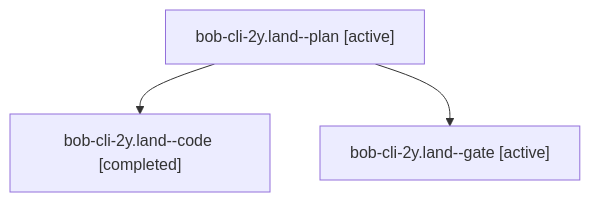
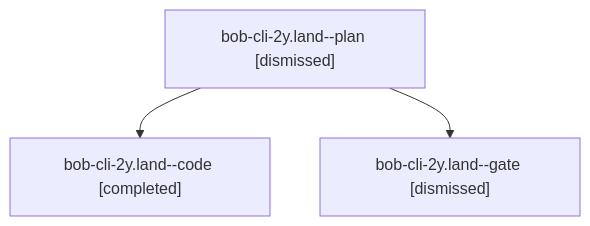
One commit to bobs-org/bob-cli--agents changed the diagram in sessions/bbugyi200.apollo.bob-cli-2y.land.md. Above: the diagram before and after it, drawn with Mermaid. The commit also changed other lines of this file and 64 other files, not shown here.

````diff
--- a/sessions/bbugyi200.apollo.bob-cli-2y.land.md
+++ b/sessions/bbugyi200.apollo.bob-cli-2y.land.md
@@ -9,8 +9,8 @@
 ```mermaid
 flowchart TD
-  n0["bob-cli-2y.land--plan [active]"]
+  n0["bob-cli-2y.land--plan [dismissed]"]
   n1["bob-cli-2y.land--code [completed]"]
   n0 --> n1
-  n2["bob-cli-2y.land--gate [active]"]
+  n2["bob-cli-2y.land--gate [dismissed]"]
   n0 --> n2
 ```
````
